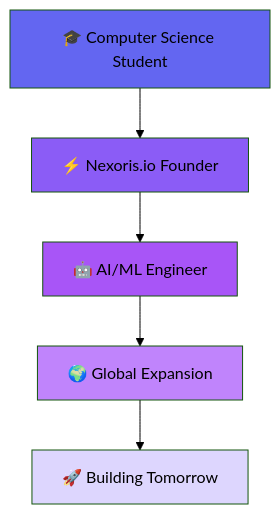
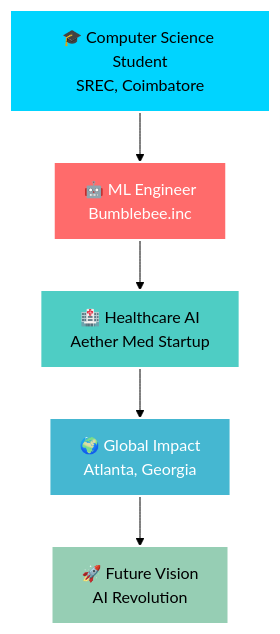
The first of 7 diagrams in README.md (AnvinX1/AnvinX1), drawn with Mermaid (forest theme) before and after one commit. The commit also changed other lines of this file, not shown here.

````diff
--- a/README.md
+++ b/README.md
@@ -23,13 +34,13 @@
 ```mermaid
 graph TD
-    A[🎓 Computer Science Student] --> B[⚡ Nexoris.io Founder]
-    B --> C[🤖 AI/ML Engineer]
-    C --> D[🌍 Global Expansion]
-    D --> E[🚀 Building Tomorrow]
+    A[🎓 Computer Science Student<br/>SREC, Coimbatore] --> B[🤖 ML Engineer<br/>Bumblebee.inc]
+    B --> C[🏥 Healthcare AI<br/>Aether Med Startup]
+    C --> D[🌍 Global Impact<br/>Atlanta, Georgia]
+    D --> E[🚀 Future Vision<br/>AI Revolution]
     
-    style A fill:#6366F1
-    style B fill:#8B5CF6
-    style C fill:#A855F7
-    style D fill:#C084FC
-    style E fill:#DDD6FE
+    style A fill:#00D4FF,stroke:#fff,stroke-width:2px,color:#000
+    style B fill:#FF6B6B,stroke:#fff,stroke-width:2px,color:#fff
+    style C fill:#4ECDC4,stroke:#fff,stroke-width:2px,color:#000
+    style D fill:#45B7D1,stroke:#fff,stroke-width:2px,color:#fff
+    style E fill:#96CEB4,stroke:#fff,stroke-width:2px,color:#000
 ```
````
